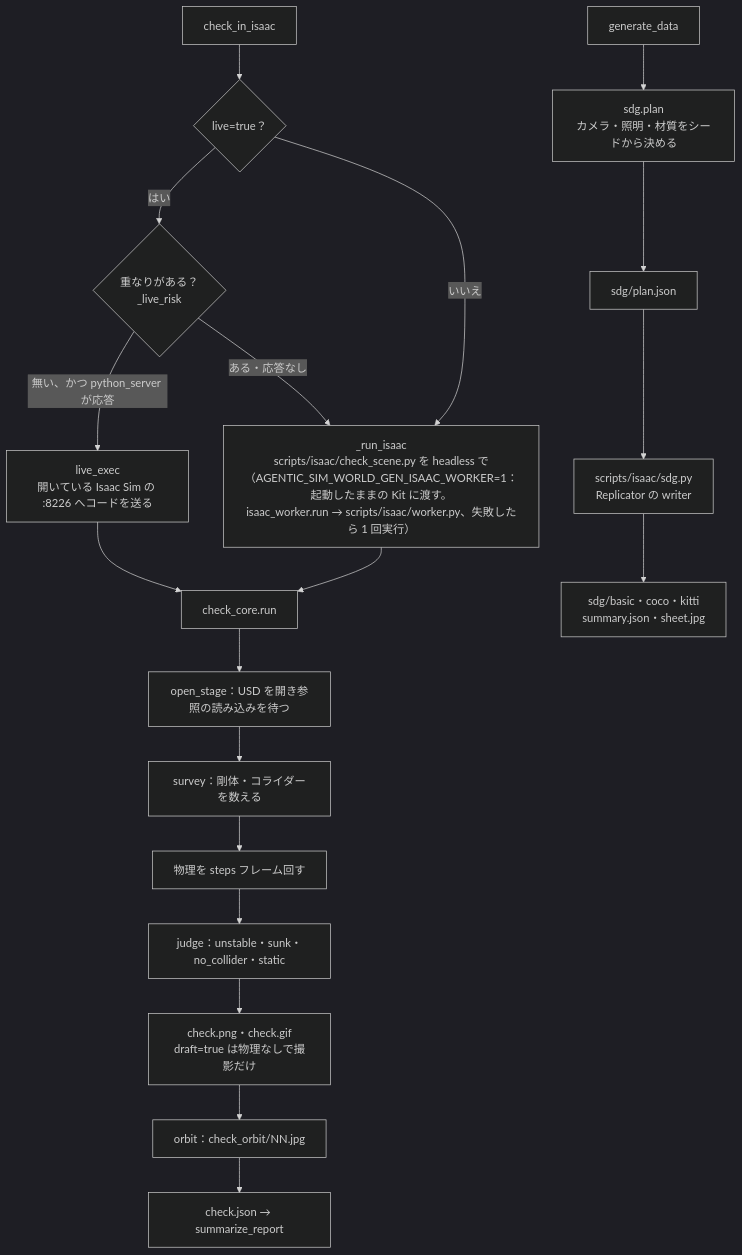
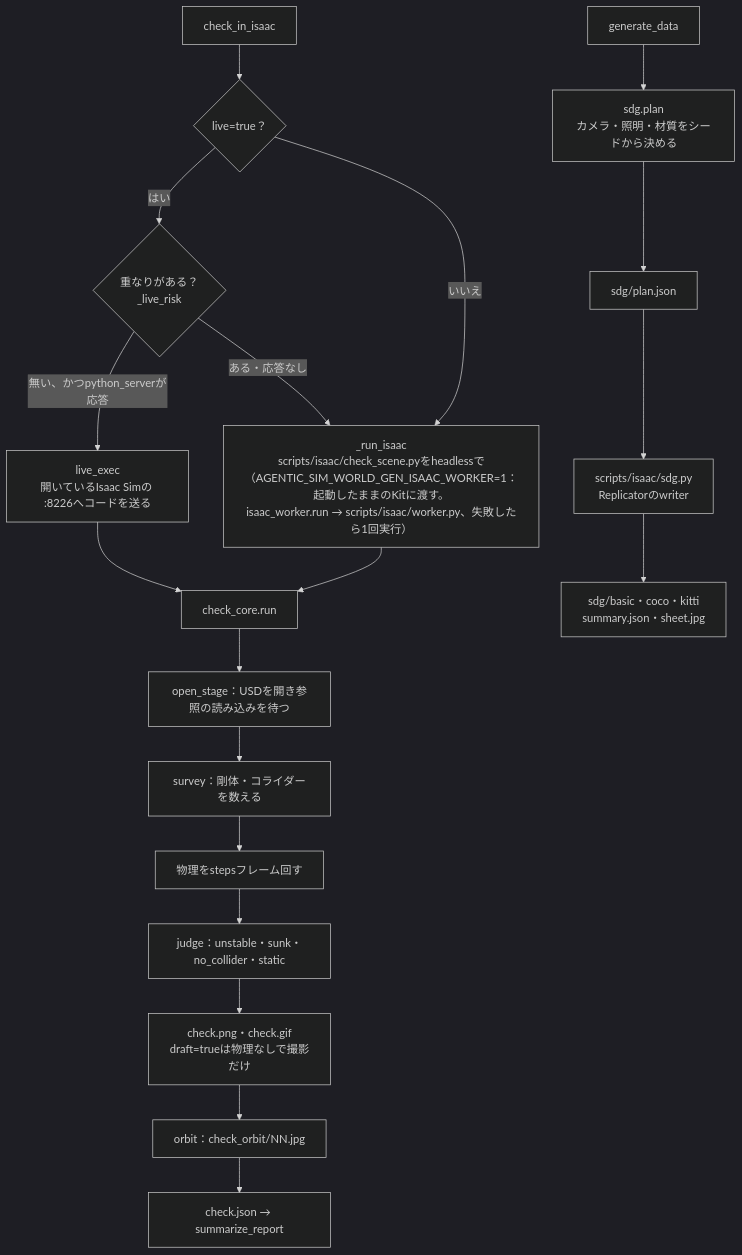
One commit to atinfinity/agentic-sim-world-gen changed the seventh of 9 diagrams in docs/architecture.md. Above: the diagram before and after it, drawn with Mermaid (dark theme). The commit also changed other lines of this file and 4 other files, not shown here.

Commit message:
Japanese docs: drop half-width spaces between Japanese and ASCII in the mermaid diagrams too

````diff
--- a/docs/architecture.md
+++ b/docs/architecture.md
@@ -358,22 +358,22 @@
 ```mermaid
 flowchart TD
     call["check_in_isaac"] --> live{"live=true？"}
     live -->|"はい"| risk{"重なりがある？<br/>_live_risk"}
-    risk -->|"無い、かつ python_server が応答"| lx["live_exec<br/>開いている Isaac Sim の :8226 へコードを送る"]
+    risk -->|"無い、かつpython_serverが応答"| lx["live_exec<br/>開いているIsaac Simの :8226へコードを送る"]
     risk -->|"ある・応答なし"| hl
-    live -->|"いいえ"| hl["_run_isaac<br/>scripts/isaac/check_scene.py を headless で<br/>（AGENTIC_SIM_WORLD_GEN_ISAAC_WORKER=1：起動したままの Kit に渡す。<br/>isaac_worker.run → scripts/isaac/worker.py、失敗したら 1 回実行）"]
+    live -->|"いいえ"| hl["_run_isaac<br/>scripts/isaac/check_scene.pyをheadlessで<br/>（AGENTIC_SIM_WORLD_GEN_ISAAC_WORKER=1：起動したままのKitに渡す。<br/>isaac_worker.run → scripts/isaac/worker.py、失敗したら1回実行）"]
     lx --> core["check_core.run"]
     hl --> core
-    core --> s1["open_stage：USD を開き参照の読み込みを待つ"]
+    core --> s1["open_stage：USDを開き参照の読み込みを待つ"]
     s1 --> s2["survey：剛体・コライダーを数える"]
-    s2 --> s3["物理を steps フレーム回す"]
+    s2 --> s3["物理をstepsフレーム回す"]
     s3 --> s4["judge：unstable・sunk・no_collider・static"]
-    s4 --> s5["check.png・check.gif<br/>draft=true は物理なしで撮影だけ"]
+    s4 --> s5["check.png・check.gif<br/>draft=trueは物理なしで撮影だけ"]
     s5 --> s6["orbit：check_orbit/NN.jpg"]
     s6 --> rep["check.json → summarize_report"]
 
     gen["generate_data"] --> sp["sdg.plan<br/>カメラ・照明・材質をシードから決める"]
     sp --> pj["sdg/plan.json"]
-    pj --> rs["scripts/isaac/sdg.py<br/>Replicator の writer"]
+    pj --> rs["scripts/isaac/sdg.py<br/>Replicatorのwriter"]
     rs --> out["sdg/basic・coco・kitti<br/>summary.json・sheet.jpg"]
 ```
````
